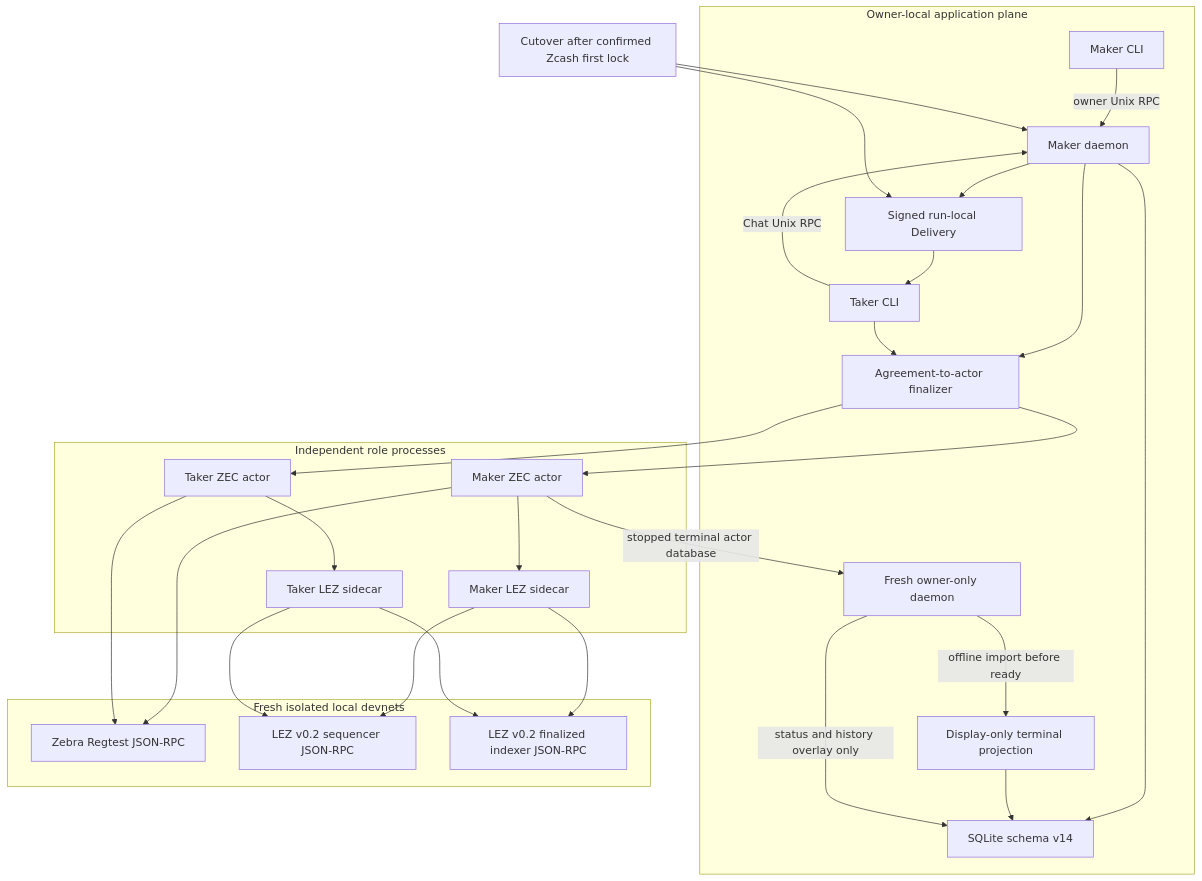
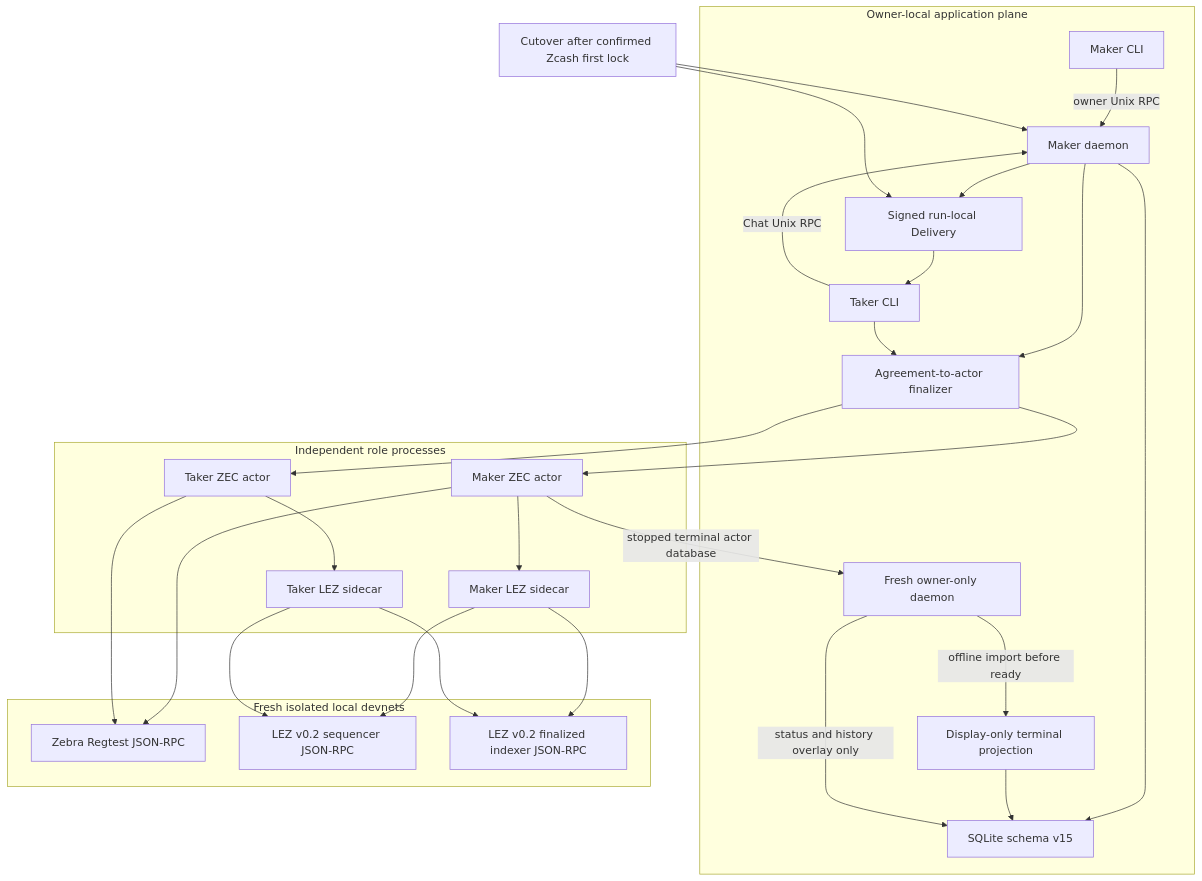
The ninth of 18 diagrams in docs/architecture/deployment-components-and-rpcs.md (gateway-fm/lez-atomic-swaps), drawn with Mermaid before and after one commit. The commit also changed other lines of this file and 14 other files, not shown here.

````diff
--- a/docs/architecture/deployment-components-and-rpcs.md
+++ b/docs/architecture/deployment-components-and-rpcs.md
@@ -783,50 +783,50 @@
 ```mermaid
 flowchart TB
     subgraph App[Owner-local application plane]
         MakerCli[Maker CLI]
         Daemon[Maker daemon]
-        Store[SQLite schema v14]
+        Store[SQLite schema v15]
         TerminalView[Display-only terminal projection]
         TerminalDaemon[Fresh owner-only daemon]
         Delivery[Signed run-local Delivery]
         TakerCli[Taker CLI]
         Finalizer[Agreement-to-actor finalizer]
         MakerCli -->|owner Unix RPC| Daemon
         Daemon --> Store
         Daemon --> Delivery
         Delivery --> TakerCli
         TakerCli -->|Chat Unix RPC| Daemon
         Daemon --> Finalizer
         TakerCli --> Finalizer
         TerminalDaemon -->|offline import before ready| TerminalView
         TerminalView --> Store
         TerminalDaemon -->|status and history overlay only| Store
     end
 
     subgraph Roles[Independent role processes]
         MakerActor[Maker ZEC actor]
         TakerActor[Taker ZEC actor]
         MakerSidecar[Maker LEZ sidecar]
         TakerSidecar[Taker LEZ sidecar]
         Finalizer --> MakerActor
         Finalizer --> TakerActor
         MakerActor --> MakerSidecar
         TakerActor --> TakerSidecar
         MakerActor -->|stopped terminal actor database| TerminalDaemon
     end
 
     subgraph Nodes[Fresh isolated local devnets]
         Zebra[Zebra Regtest JSON-RPC]
         Sequencer[LEZ v0.2 sequencer JSON-RPC]
         Indexer[LEZ v0.2 finalized indexer JSON-RPC]
     end
 
     MakerActor --> Zebra
     TakerActor --> Zebra
     MakerSidecar --> Sequencer
     MakerSidecar --> Indexer
     TakerSidecar --> Sequencer
     TakerSidecar --> Indexer
     Cutover[Cutover after confirmed Zcash first lock] --> Daemon
     Cutover --> Delivery
 ```
````
